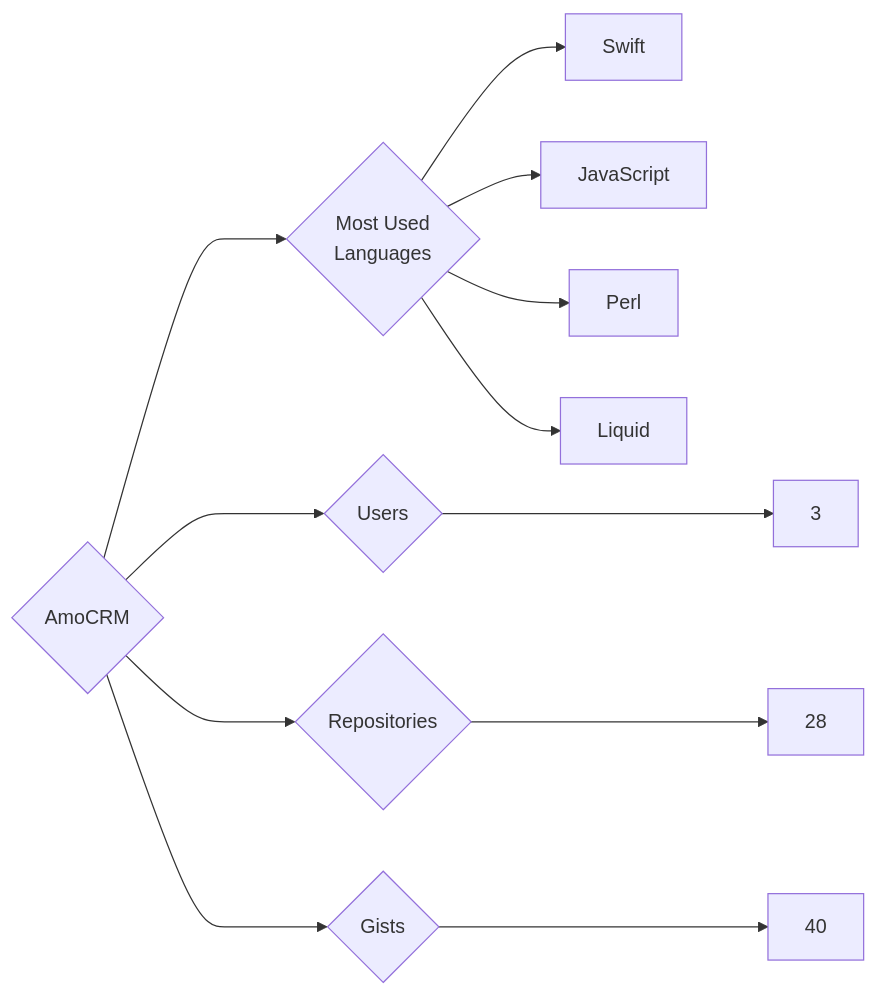
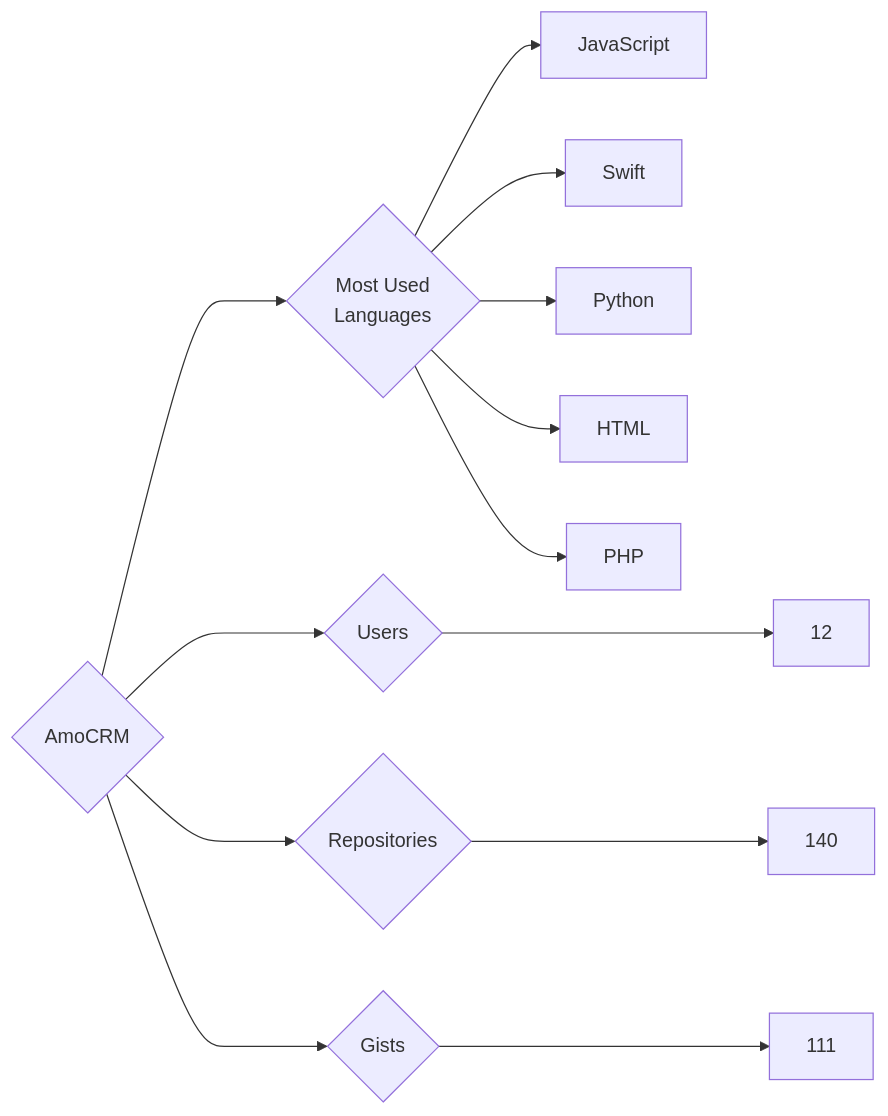
Before and after one commit to trickest/insiders: the diagram in targets/AmoCRM/README.md, drawn with Mermaid. The commit also changed 934 other files, not shown here.

````diff
--- a/targets/AmoCRM/README.md
+++ b/targets/AmoCRM/README.md
@@ -3,12 +3,13 @@
 ```mermaid
 graph LR
 COMPANY_NAME{AmoCRM}
-COMPANY_NAME ---> U{Users} ---> UN[3]
-COMPANY_NAME ---> R{Repositories} ---> RN[28]
-COMPANY_NAME ---> G{Gists} ---> GN[40]
+COMPANY_NAME ---> U{Users} ---> UN[12]
+COMPANY_NAME ---> R{Repositories} ---> RN[140]
+COMPANY_NAME ---> G{Gists} ---> GN[111]
 COMPANY_NAME ---> ML{Most Used<br>Languages}
+ML --> JavaScript[JavaScript]
 ML --> Swift[Swift]
-ML --> JavaScript[JavaScript]
-ML --> Perl[Perl]
-ML --> Liquid[Liquid]
+ML --> Python[Python]
+ML --> HTML[HTML]
+ML --> PHP[PHP]
 ```
````
